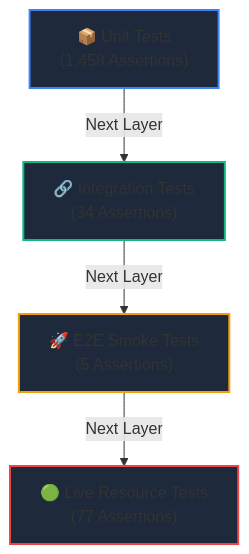
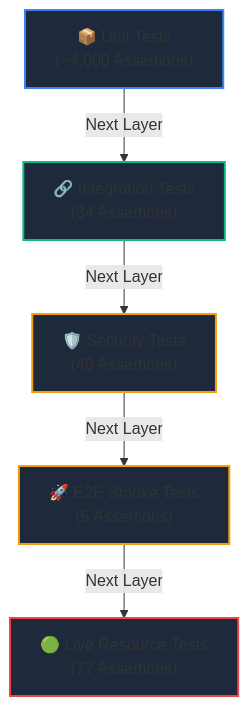
One commit to jango-blockchained/hoox-setup changed the diagram in docs/devops/development/testing.md. Above: the diagram before and after it, drawn with Mermaid. The commit also changed other lines of this file and 4 other files, not shown here.

````diff
--- a/docs/devops/development/testing.md
+++ b/docs/devops/development/testing.md
@@ -16,11 +16,13 @@
 ```mermaid
 graph TD
-    UT["📦 Unit Tests<br/>(1,458 Assertions)"] -->|Next Layer| IT["🔗 Integration Tests<br/>(34 Assertions)"]
-    IT -->|Next Layer| E2E["🚀 E2E Smoke Tests<br/>(5 Assertions)"]
+    UT["📦 Unit Tests<br/>(~4,000 Assertions)"] -->|Next Layer| IT["🔗 Integration Tests<br/>(34 Assertions)"]
+    IT -->|Next Layer| ST["🛡️ Security Tests<br/>(40 Assertions)"]
+    ST -->|Next Layer| E2E["🚀 E2E Smoke Tests<br/>(5 Assertions)"]
     E2E -->|Next Layer| LT["🟢 Live Resource Tests<br/>(77 Assertions)"]
 
     style UT fill:#1e293b,stroke:#3b82f6,stroke-width:2
     style IT fill:#1e293b,stroke:#10b981,stroke-width:2
+    style ST fill:#1e293b,stroke:#f59e0b,stroke-width:2
     style E2E fill:#1e293b,stroke:#f59e0b,stroke-width:2
     style LT fill:#1e293b,stroke:#ef4444,stroke-width:2
 ```
````
